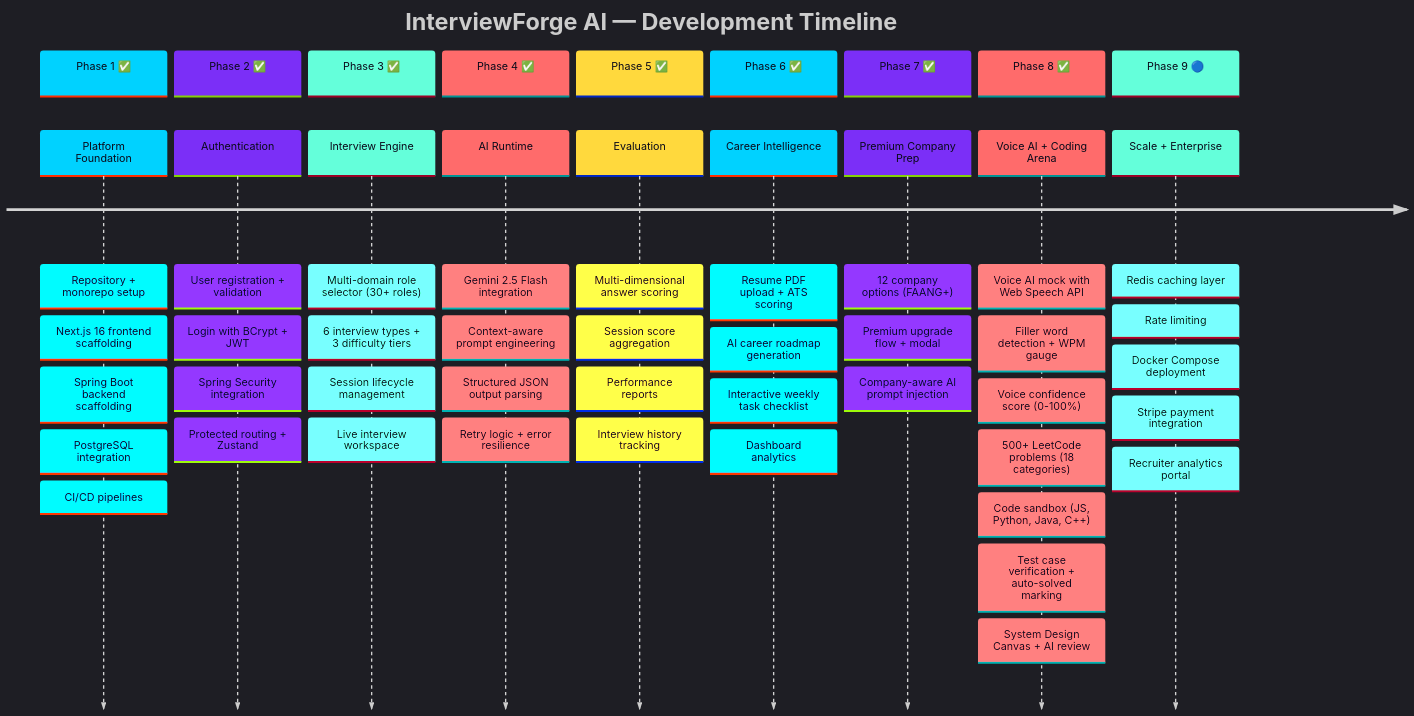
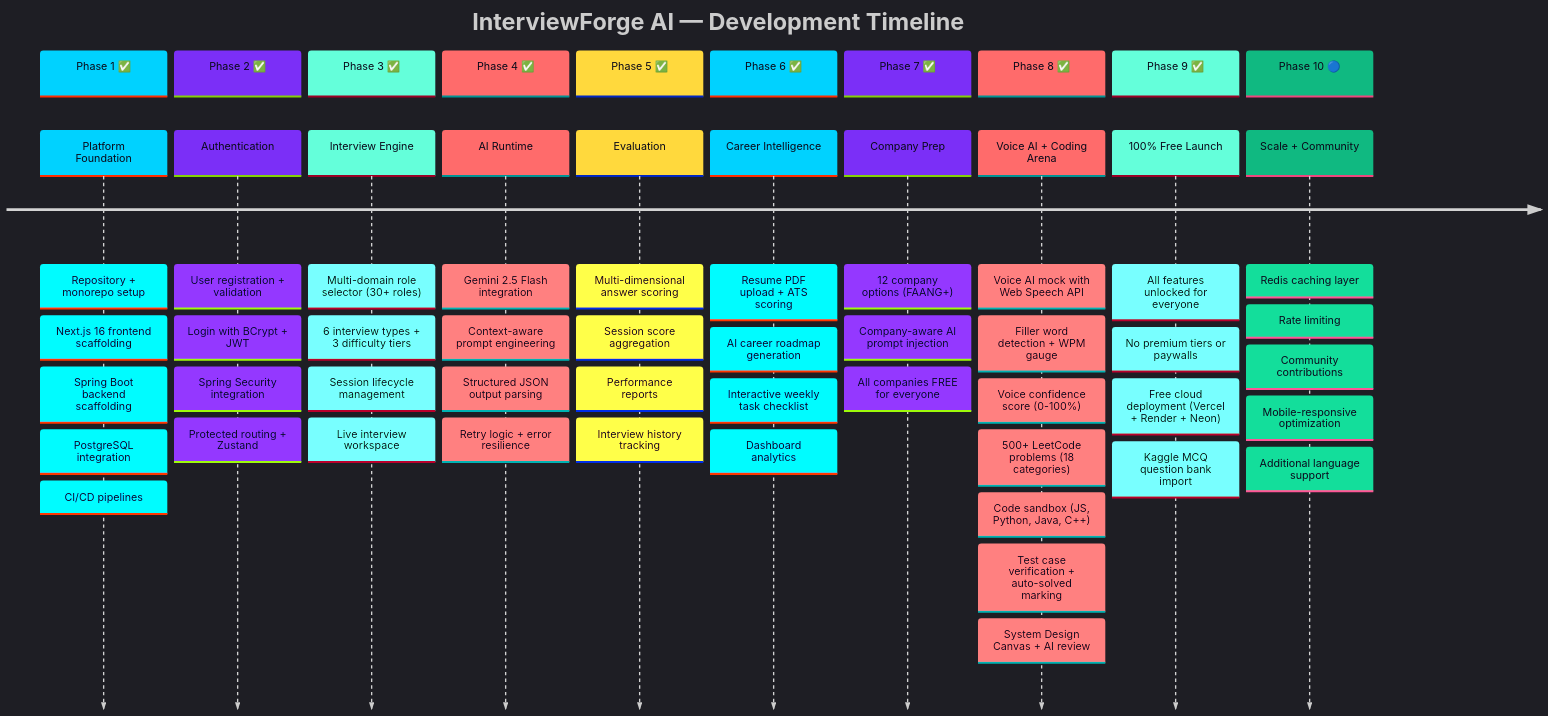
Before and after one commit to Jawahar08/interviewforge-ai: diagram 15 of 15 in README.md, drawn with Mermaid. The commit also changed other lines of this file and 7 other files, not shown here.

````diff
--- a/README.md
+++ b/README.md
@@ -1353,64 +1411,70 @@
 ```mermaid
-%%{init: {'theme': 'dark', 'themeVariables': { 'cScale0': '#00d2ff', 'cScale1': '#7b2ff7', 'cScale2': '#64ffda', 'cScale3': '#ff6b6b', 'cScale4': '#ffd93d', 'cScale5': '#00d2ff', 'cScale6': '#7b2ff7', 'cScale7': '#ff6b6b', 'cScale8': '#64ffda', 'cScale9': '#ffd93d', 'cScaleLabel0': '#0a0a1a', 'cScaleLabel1': '#0a0a1a', 'cScaleLabel2': '#0a0a1a', 'cScaleLabel3': '#0a0a1a', 'cScaleLabel4': '#0a0a1a', 'cScaleLabel5': '#0a0a1a', 'cScaleLabel6': '#0a0a1a', 'cScaleLabel7': '#0a0a1a', 'cScaleLabel8': '#0a0a1a', 'cScaleLabel9': '#0a0a1a', 'fontFamily': 'JetBrains Mono, monospace'}}}%%
+%%{init: {'theme': 'dark', 'themeVariables': { 'cScale0': '#00d2ff', 'cScale1': '#7b2ff7', 'cScale2': '#64ffda', 'cScale3': '#ff6b6b', 'cScale4': '#ffd93d', 'cScale5': '#00d2ff', 'cScale6': '#7b2ff7', 'cScale7': '#ff6b6b', 'cScale8': '#64ffda', 'cScale9': '#10b981', 'cScaleLabel0': '#0a0a1a', 'cScaleLabel1': '#0a0a1a', 'cScaleLabel2': '#0a0a1a', 'cScaleLabel3': '#0a0a1a', 'cScaleLabel4': '#0a0a1a', 'cScaleLabel5': '#0a0a1a', 'cScaleLabel6': '#0a0a1a', 'cScaleLabel7': '#0a0a1a', 'cScaleLabel8': '#0a0a1a', 'cScaleLabel9': '#0a0a1a', 'fontFamily': 'JetBrains Mono, monospace'}}}%%
 
 timeline
     title InterviewForge AI — Development Timeline
 
     section Phase 1 ✅
         Platform Foundation : Repository + monorepo setup
                             : Next.js 16 frontend scaffolding
                             : Spring Boot backend scaffolding
                             : PostgreSQL integration
                             : CI/CD pipelines
 
     section Phase 2 ✅
         Authentication : User registration + validation
                        : Login with BCrypt + JWT
                        : Spring Security integration
                        : Protected routing + Zustand
 
     section Phase 3 ✅
         Interview Engine : Multi-domain role selector (30+ roles)
                          : 6 interview types + 3 difficulty tiers
                          : Session lifecycle management
                          : Live interview workspace
 
     section Phase 4 ✅
         AI Runtime : Gemini 2.5 Flash integration
                    : Context-aware prompt engineering
                    : Structured JSON output parsing
                    : Retry logic + error resilience
 
     section Phase 5 ✅
         Evaluation : Multi-dimensional answer scoring
                    : Session score aggregation
                    : Performance reports
                    : Interview history tracking
 
     section Phase 6 ✅
         Career Intelligence : Resume PDF upload + ATS scoring
                             : AI career roadmap generation
                             : Interactive weekly task checklist
                             : Dashboard analytics
 
     section Phase 7 ✅
-        Premium Company Prep : 12 company options (FAANG+)
-                             : Premium upgrade flow + modal
-                             : Company-aware AI prompt injection
+        Company Prep : 12 company options (FAANG+)
+                     : Company-aware AI prompt injection
+                     : All companies FREE for everyone
 
     section Phase 8 ✅
         Voice AI + Coding Arena : Voice AI mock with Web Speech API
                                 : Filler word detection + WPM gauge
                                 : Voice confidence score (0-100%)
                                 : 500+ LeetCode problems (18 categories)
                                 : Code sandbox (JS, Python, Java, C++)
                                 : Test case verification + auto-solved marking
                                 : System Design Canvas + AI review
 
-    section Phase 9 🔵
-        Scale + Enterprise : Redis caching layer
-                           : Rate limiting
-                           : Docker Compose deployment
-                           : Stripe payment integration
-                           : Recruiter analytics portal
+    section Phase 9 ✅
+        100% Free Launch : All features unlocked for everyone
+                         : No premium tiers or paywalls
+                         : Free cloud deployment (Vercel + Render + Neon)
+                         : Kaggle MCQ question bank import
+
+    section Phase 10 🔵
+        Scale + Community : Redis caching layer
+                          : Rate limiting
+                          : Community contributions
+                          : Mobile-responsive optimization
+                          : Additional language support
 ```
````
